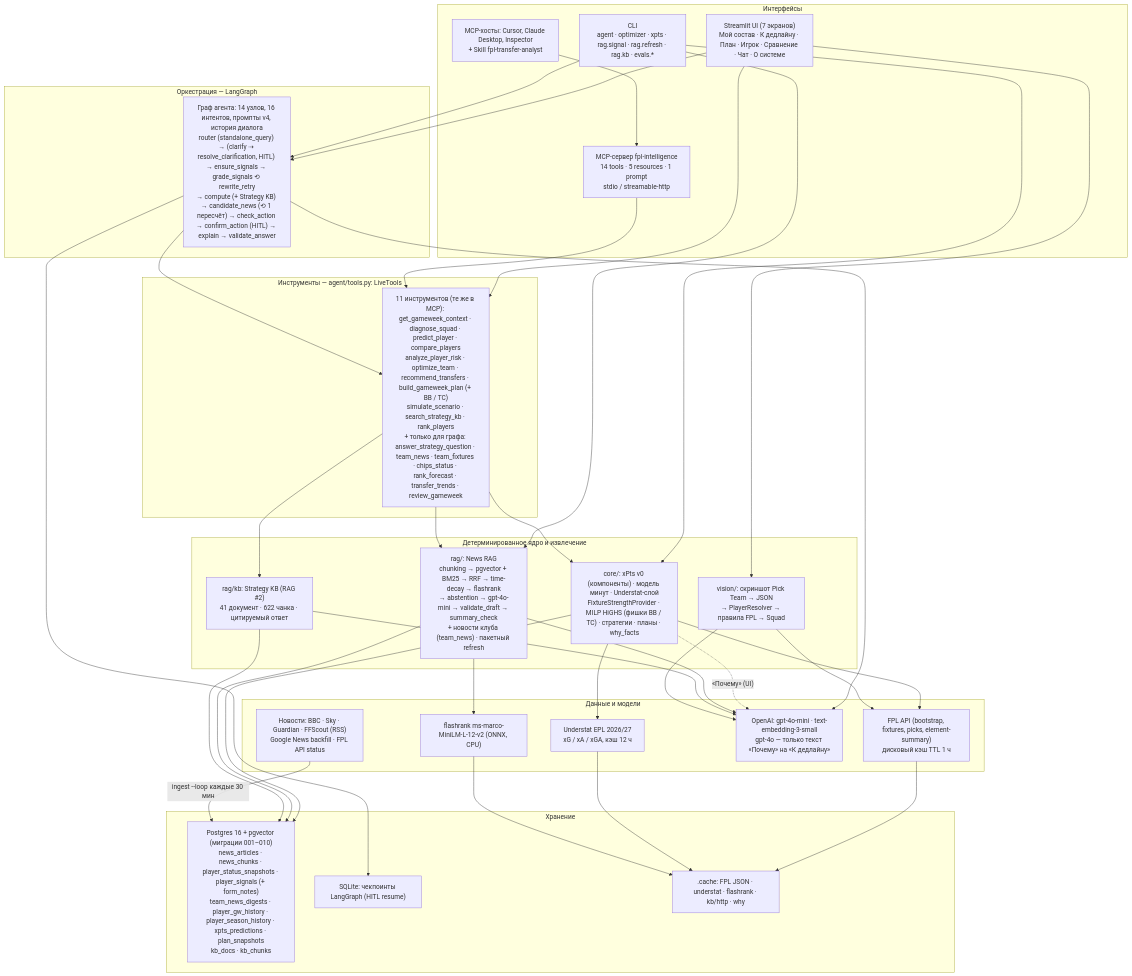
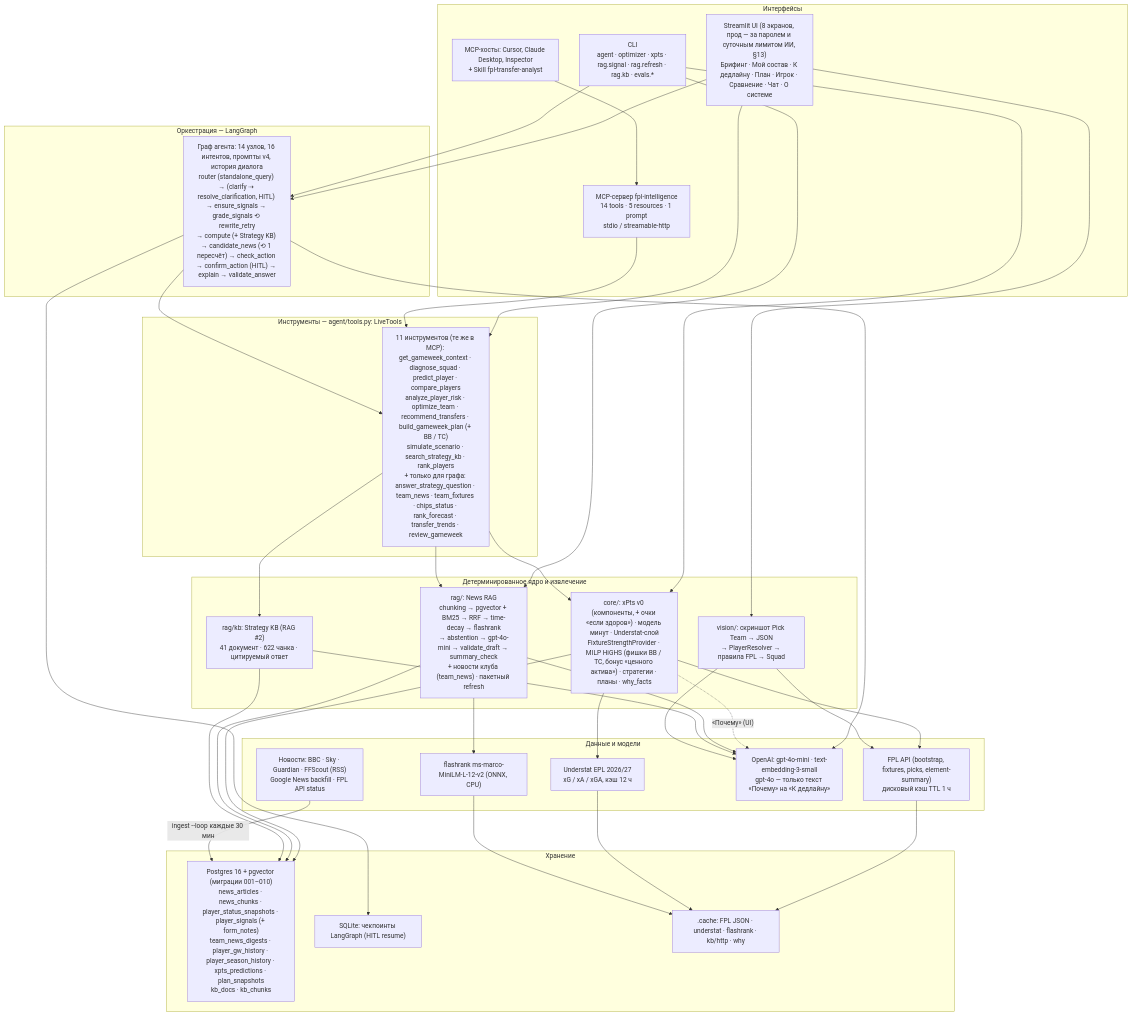
One commit to ZHKAIR/nfactorial-fpl-copilot changed the first of 2 diagrams in docs/ARCHITECTURE.md. Above: the diagram before and after it, drawn with Mermaid. The commit also changed other lines of this file and 3 other files, not shown here.

First line of the commit message:
docs(architecture): Briefing, deadline plan, valuable-asset rule and the production stack (§13)

````diff
--- a/docs/ARCHITECTURE.md
+++ b/docs/ARCHITECTURE.md
@@ -43,68 +49,68 @@
 ```mermaid
 flowchart TB
     subgraph L1["Интерфейсы"]
-        UI["Streamlit UI (7 экранов)<br/>Мой состав · К дедлайну · План · Игрок · Сравнение · Чат · О системе"]
+        UI["Streamlit UI (8 экранов, прод — за паролем и суточным лимитом ИИ, §13)<br/>Брифинг · Мой состав · К дедлайну · План · Игрок · Сравнение · Чат · О системе"]
         CLI["CLI<br/>agent · optimizer · xpts · rag.signal · rag.refresh · rag.kb · evals.*"]
         MCP["MCP-сервер fpl-intelligence<br/>14 tools · 5 resources · 1 prompt<br/>stdio / streamable-http"]
         HOST["MCP-хосты: Cursor, Claude Desktop, Inspector<br/>+ Skill fpl-transfer-analyst"]
     end
 
     subgraph L2["Оркестрация — LangGraph"]
         GRAPH["Граф агента: 14 узлов, 16 интентов, промпты v4, история диалога<br/>router (standalone_query) → (clarify ⇢ resolve_clarification, HITL) → ensure_signals → grade_signals ⟲ rewrite_retry<br/>→ compute (+ Strategy KB) → candidate_news (⟲ 1 пересчёт) → check_action → confirm_action (HITL) → explain → validate_answer"]
     end
 
     subgraph L3["Инструменты — agent/tools.py: LiveTools"]
         TOOLS["11 инструментов (те же в MCP): get_gameweek_context · diagnose_squad · predict_player · compare_players<br/>analyze_player_risk · optimize_team · recommend_transfers · build_gameweek_plan (+ BB / TC)<br/>simulate_scenario · search_strategy_kb · rank_players<br/>+ только для графа: answer_strategy_question · team_news · team_fixtures · chips_status · rank_forecast · transfer_trends · review_gameweek"]
     end
 
     subgraph L4["Детерминированное ядро и извлечение"]
-        CORE["core/: xPts v0 (компоненты) · модель минут · Understat-слой<br/>FixtureStrengthProvider · MILP HiGHS (фишки BB / TC) · стратегии · планы · why_facts"]
+        CORE["core/: xPts v0 (компоненты, + очки «если здоров») · модель минут · Understat-слой<br/>FixtureStrengthProvider · MILP HiGHS (фишки BB / TC, бонус «ценного актива») · стратегии · планы · why_facts"]
         RAG["rag/: News RAG<br/>chunking → pgvector + BM25 → RRF → time-decay → flashrank<br/>→ abstention → gpt-4o-mini → validate_draft → summary_check<br/>+ новости клуба (team_news) · пакетный refresh"]
         KB["rag/kb: Strategy KB (RAG #2)<br/>41 документ · 622 чанка · цитируемый ответ"]
         VIS["vision/: скриншот Pick Team → JSON<br/>→ PlayerResolver → правила FPL → Squad"]
     end
 
     subgraph L5["Данные и модели"]
         FPL["FPL API (bootstrap, fixtures, picks, element-summary)<br/>дисковый кэш TTL 1 ч"]
         NEWS["Новости: BBC · Sky · Guardian · FFScout (RSS)<br/>Google News backfill · FPL API status"]
         UNDERSTAT["Understat EPL 2026/27<br/>xG / xA / xGA, кэш 12 ч"]
         OPENAI["OpenAI: gpt-4o-mini · text-embedding-3-small<br/>gpt-4o — только текст «Почему» на «К дедлайну»"]
         RERANK["flashrank ms-marco-MiniLM-L-12-v2 (ONNX, CPU)"]
     end
 
     subgraph L6["Хранение"]
         PG["Postgres 16 + pgvector (миграции 001–010)<br/>news_articles · news_chunks · player_status_snapshots · player_signals (+ form_notes)<br/>team_news_digests · player_gw_history · player_season_history · xpts_predictions · plan_snapshots<br/>kb_docs · kb_chunks"]
         SQLITE["SQLite: чекпоинты LangGraph (HITL resume)"]
         CACHE[".cache: FPL JSON · understat · flashrank · kb/http · why"]
     end
 
     UI --> GRAPH
     UI --> TOOLS
     UI --> VIS
     CLI --> GRAPH
     CLI --> CORE
     CLI --> RAG
     HOST --> MCP
     MCP --> TOOLS
     GRAPH --> TOOLS
     GRAPH --> OPENAI
     GRAPH --> SQLITE
     TOOLS --> CORE
     TOOLS --> RAG
     TOOLS --> KB
     CORE --> FPL
     CORE --> UNDERSTAT
     CORE --> PG
     CORE -.->|"«Почему» (UI)"| OPENAI
     RAG --> PG
     RAG --> OPENAI
     RAG --> RERANK
     KB --> PG
     KB --> OPENAI
     VIS --> OPENAI
     VIS --> FPL
     NEWS -->|"ingest --loop каждые 30 мин"| PG
     FPL --> CACHE
     UNDERSTAT --> CACHE
     RERANK --> CACHE
 ```
````
